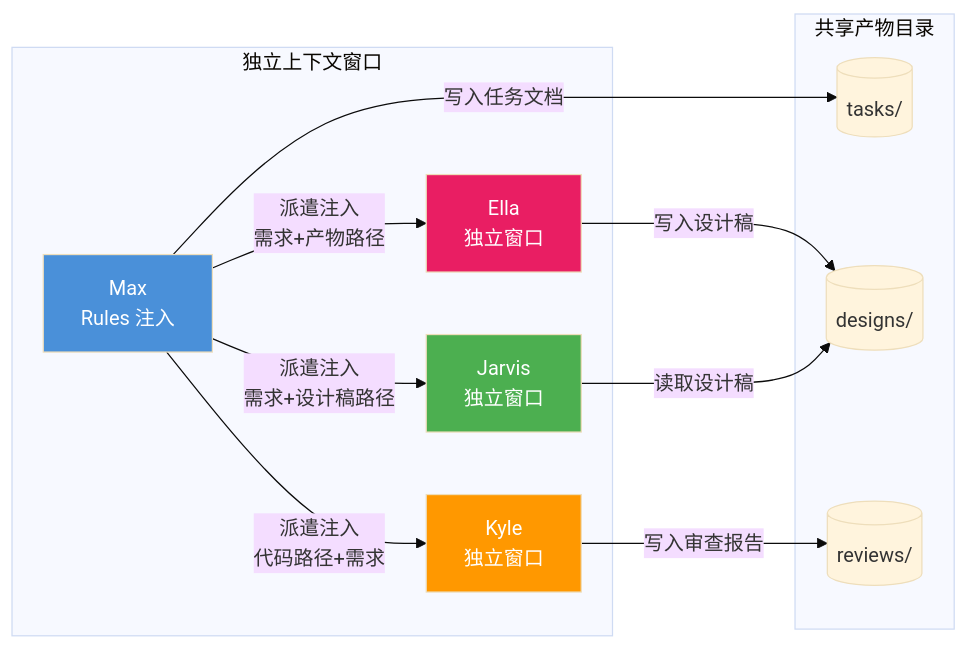
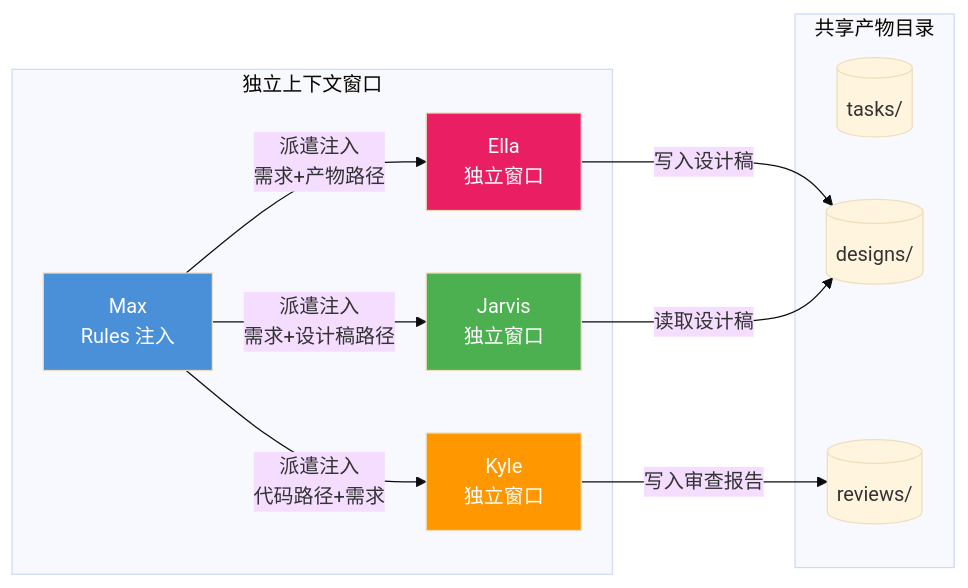
One commit to codeApe-7/ai-agent-workflowGroup changed the third of 4 diagrams in README.md. Above: the diagram before and after it, drawn with Mermaid (base theme). The commit also changed other lines of this file, not shown here.

````diff
--- a/README.md
+++ b/README.md
@@ -195,29 +169,28 @@
 ```mermaid
 flowchart LR
     subgraph CTX["独立上下文窗口"]
         MaxCtx["Max\nRules 注入"]
         EllaCtx["Ella\n独立窗口"]
         JarvisCtx["Jarvis\n独立窗口"]
         KyleCtx["Kyle\n独立窗口"]
     end
 
     subgraph SHARED["共享产物目录"]
         Tasks[("tasks/")]
         Designs[("designs/")]
         Reviews[("reviews/")]
     end
 
     MaxCtx -->|"派遣注入\n需求+产物路径"| EllaCtx
     MaxCtx -->|"派遣注入\n需求+设计稿路径"| JarvisCtx
     MaxCtx -->|"派遣注入\n代码路径+需求"| KyleCtx
 
     EllaCtx -->|写入设计稿| Designs
     JarvisCtx -->|读取设计稿| Designs
     KyleCtx -->|写入审查报告| Reviews
-    MaxCtx -->|写入任务文档| Tasks
 
     style MaxCtx fill:#4A90D9,color:#fff
     style EllaCtx fill:#E91E63,color:#fff
     style JarvisCtx fill:#4CAF50,color:#fff
     style KyleCtx fill:#FF9800,color:#fff
 ```
````
